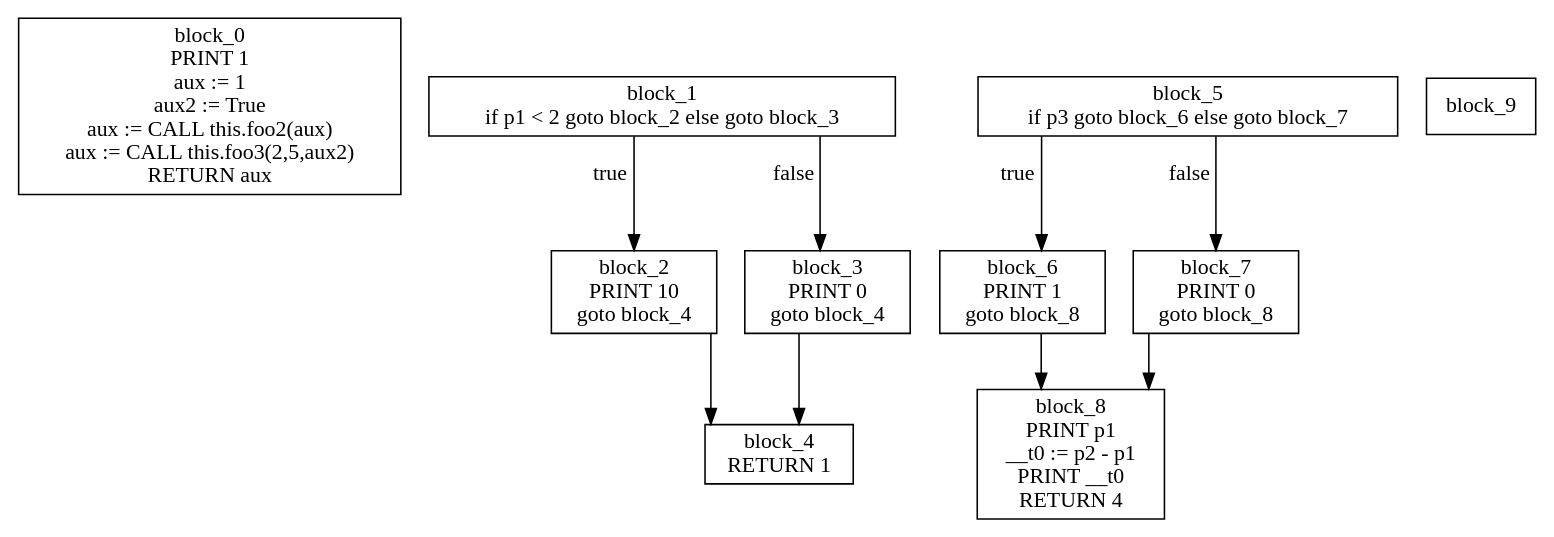
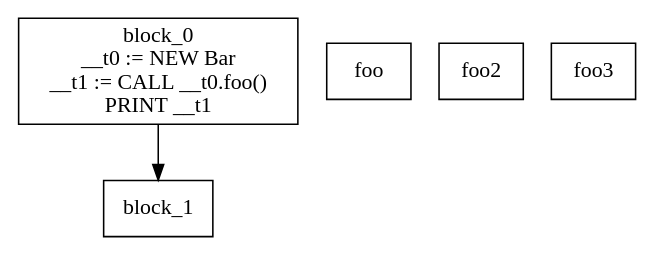
The diagram in assignment_1/getting_started/cfg.dot (AIlhomov/Flex), drawn with Graphviz before and after one commit. The commit also changed 6 other files, not shown here.

```diff
--- a/assignment_1/getting_started/cfg.dot
+++ b/assignment_1/getting_started/cfg.dot
@@ -1,22 +1,13 @@
 digraph CFG {
 graph [splines=ortho];
 node [shape=box];
-block_0 [label="block_0\nPRINT 1\naux := 1\naux2 := True\naux := CALL this.foo2(aux)\naux := CALL this.foo3(2,5,aux2)\nRETURN aux\n"];
-block_1 -> block_2 [xlabel="true"];
-block_1 -> block_3 [xlabel="false"];
-block_1 [label="block_1\nif p1 < 2 goto block_2 else goto block_3\n"];
-block_2 -> block_4;
-block_2 [label="block_2\nPRINT 10\ngoto block_4\n"];
-block_3 -> block_4;
-block_3 [label="block_3\nPRINT 0\ngoto block_4\n"];
-block_4 [label="block_4\nRETURN 1\n"];
-block_5 -> block_6 [xlabel="true"];
-block_5 -> block_7 [xlabel="false"];
-block_5 [label="block_5\nif p3 goto block_6 else goto block_7\n"];
-block_6 -> block_8;
-block_6 [label="block_6\nPRINT 1\ngoto block_8\n"];
-block_7 -> block_8;
-block_7 [label="block_7\nPRINT 0\ngoto block_8\n"];
-block_8 [label="block_8\nPRINT p1\n__t0 := p2 - p1\nPRINT __t0\nRETURN 4\n"];
-block_9 [label="block_9\n"];
+block_0 -> block_1;
+block_0 [label="block_0\n__t0 := NEW Bar\n__t1 := CALL __t0.foo()\nPRINT __t1\n"];
+block_1 [label="block_1\n"];
+foo [label="foo\n"];
+foo [label="foo\n"];
+foo2 [label="foo2\n"];
+foo2 [label="foo2\n"];
+foo3 [label="foo3\n"];
+foo3 [label="foo3\n"];
 }
```
